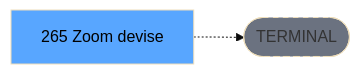
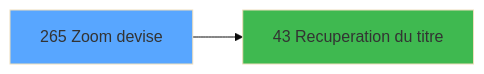
Before and after one commit to thonyAGP/magic-migration: the third of 3 diagrams in .openspec/specs/ADH-IDE-265.md, drawn with Mermaid (base theme). The commit also changed other lines of this file and 493 other files, not shown here.

````diff
--- a/.openspec/specs/ADH-IDE-265.md
+++ b/.openspec/specs/ADH-IDE-265.md
@@ -138,8 +190,8 @@
 ```mermaid
 graph LR
-    T[265 Zoom devise]
-    TERM([TERMINAL])
-    T -.-> TERM
-    style TERM fill:#6b7280,stroke-dasharray: 5 5
-    style T fill:#58a6ff,color:#000
+    T265[265 Zoom devise]
+    style T265 fill:#58a6ff
+    C43[43 Recuperation du titre]
+    T265 --> C43
+    style C43 fill:#3fb950
 ```
````
